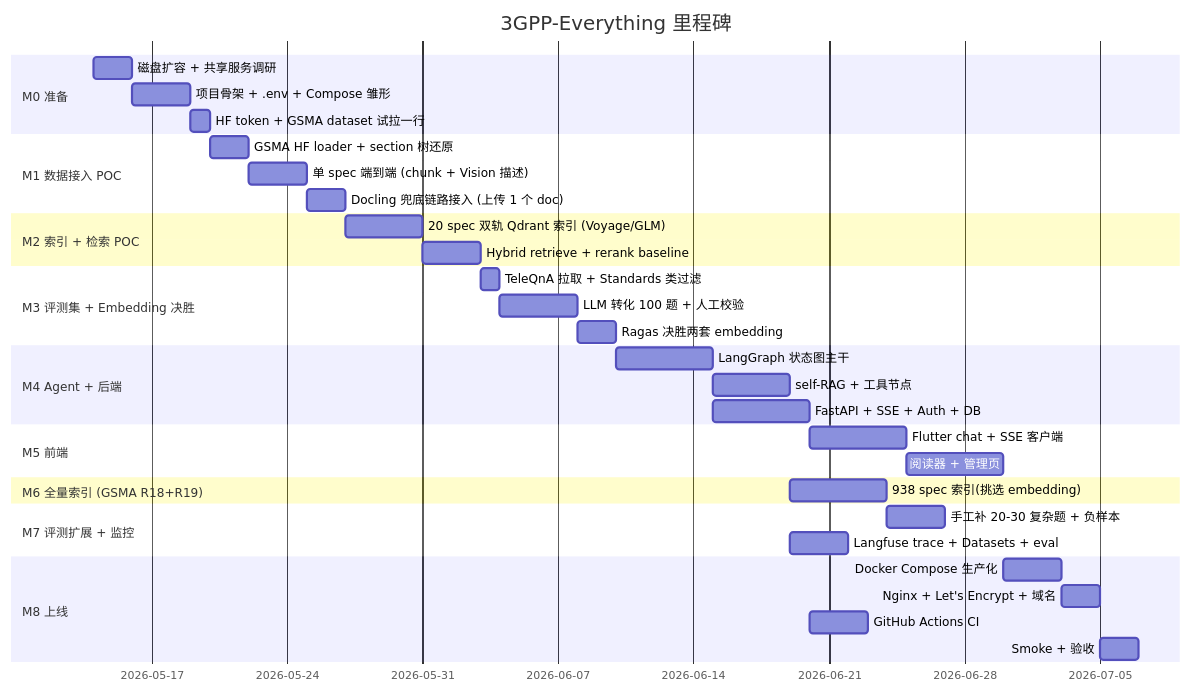
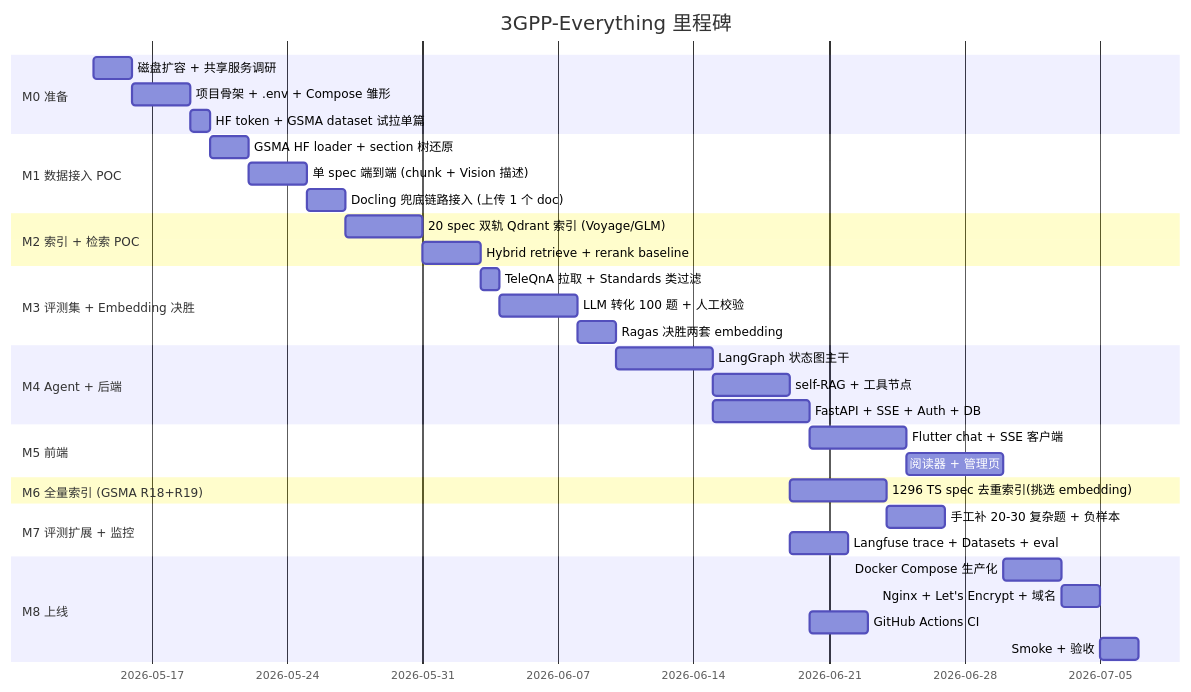
Before and after one commit to EpisodeYu/3GPP-Everything: the second of 2 diagrams in docs/03-development/00-overview.md, drawn with Mermaid. The commit also changed other lines of this file and 3 other files, not shown here.

````diff
--- a/docs/03-development/00-overview.md
+++ b/docs/03-development/00-overview.md
@@ -62,37 +62,37 @@
 ```mermaid
 gantt
     title 3GPP-Everything 里程碑
     dateFormat YYYY-MM-DD
     section M0 准备
     磁盘扩容 + 共享服务调研               :m0a, 2026-05-14, 2d
     项目骨架 + .env + Compose 雏形        :m0b, after m0a, 3d
-    HF token + GSMA dataset 试拉一行       :m0c, after m0b, 1d
+    HF token + GSMA dataset 试拉单篇       :m0c, after m0b, 1d
     section M1 数据接入 POC
     GSMA HF loader + section 树还原        :m1a, after m0c, 2d
     单 spec 端到端 (chunk + Vision 描述)   :m1b, after m1a, 3d
     Docling 兜底链路接入 (上传 1 个 doc)    :m1c, after m1b, 2d
     section M2 索引 + 检索 POC
     20 spec 双轨 Qdrant 索引 (Voyage/GLM)   :m2a, after m1c, 4d
     Hybrid retrieve + rerank baseline      :m2b, after m2a, 3d
     section M3 评测集 + Embedding 决胜
     TeleQnA 拉取 + Standards 类过滤        :m3a, after m2b, 1d
     LLM 转化 100 题 + 人工校验             :m3b, after m3a, 4d
     Ragas 决胜两套 embedding               :m3c, after m3b, 2d
     section M4 Agent + 后端
     LangGraph 状态图主干                   :m4a, after m3c, 5d
     self-RAG + 工具节点                    :m4b, after m4a, 4d
     FastAPI + SSE + Auth + DB              :m4c, after m4a, 5d
     section M5 前端
     Flutter chat + SSE 客户端              :m5a, after m4c, 5d
     阅读器 + 管理页                        :m5b, after m5a, 5d
     section M6 全量索引 (GSMA R18+R19)
-    938 spec 索引(挑选 embedding)         :m6a, after m4b, 5d
+    1296 TS spec 去重索引(挑选 embedding) :m6a, after m4b, 5d
     section M7 评测扩展 + 监控
     手工补 20-30 复杂题 + 负样本           :m7a, after m6a, 3d
     Langfuse trace + Datasets + eval       :m7b, after m4b, 3d
     section M8 上线
     Docker Compose 生产化                  :m8a, after m5b, 3d
     Nginx + Let's Encrypt + 域名           :m8b, after m8a, 2d
     GitHub Actions CI                      :m8c, after m4c, 3d
     Smoke + 验收                           :m8d, after m8b, 2d
 ```
````
